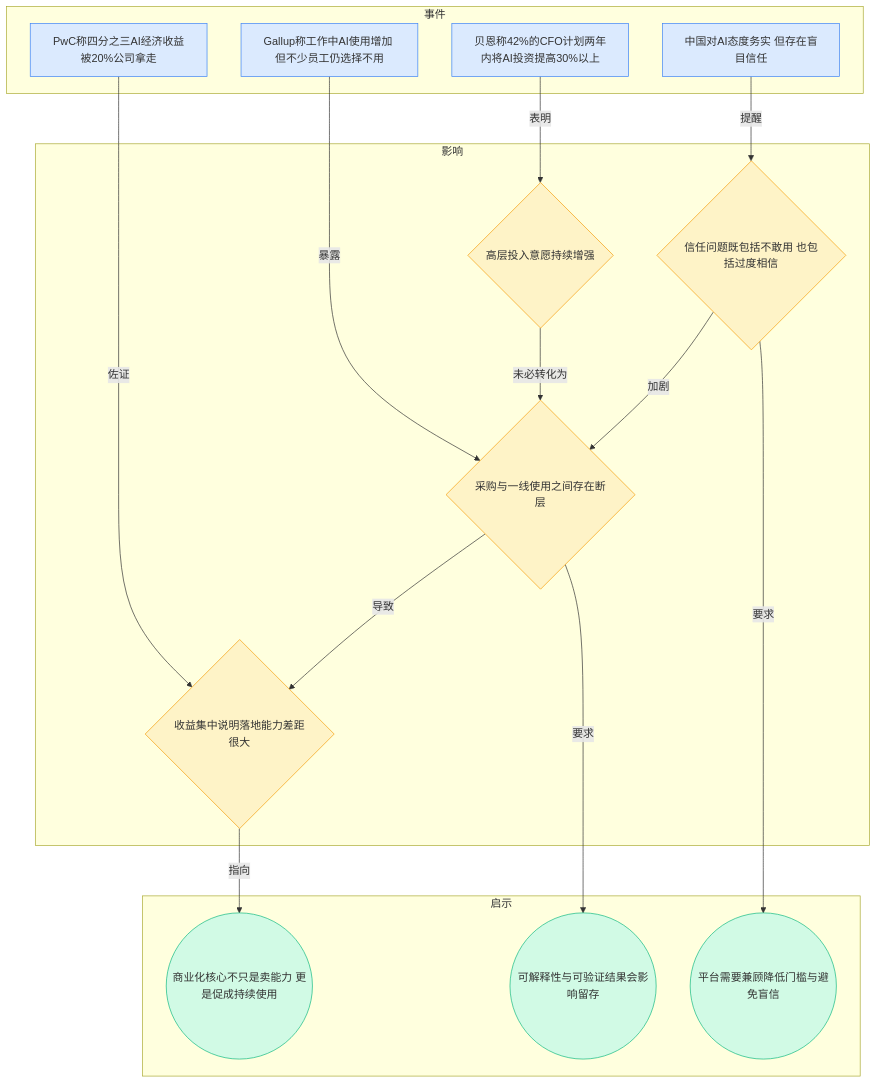
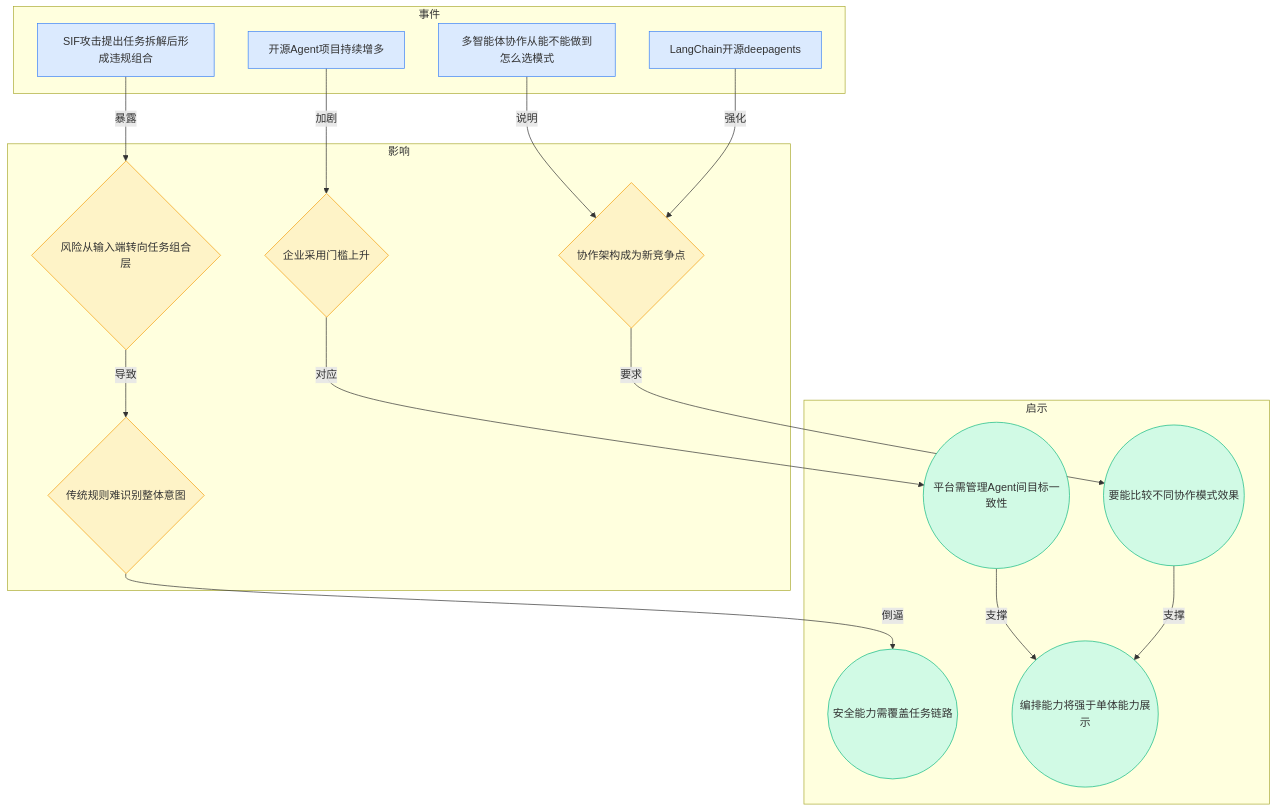
Before and after one commit to ylzsdafei/ai-daily-site: the fourth of 8 diagrams in content/cn/blog/weekly/2026-W16.md, drawn with Mermaid. The commit also changed other lines of this file and 1 other file, not shown here.

````diff
--- a/content/cn/blog/weekly/2026-W16.md
+++ b/content/cn/blog/weekly/2026-W16.md
@@ -99,36 +101,37 @@
 ```mermaid
 graph TD
 subgraph 事件
-E1[贝恩称42%的CFO计划两年内将AI投资提高30%以上]
-E2[Gallup称工作中AI使用增加 但不少员工仍选择不用]
-E3[PwC称四分之三AI经济收益被20%公司拿走]
-E4[中国对AI态度务实 但存在盲目信任]
+A1[多智能体协作从能不能做到怎么选模式]
+A2[LangChain开源deepagents]
+A3[SIF攻击提出任务拆解后形成违规组合]
+A4[开源Agent项目持续增多]
 end
 subgraph 影响
-I1{高层投入意愿持续增强}
-I2{采购与一线使用之间存在断层}
-I3{收益集中说明落地能力差距很大}
-I4{信任问题既包括不敢用 也包括过度相信}
+B1{协作架构成为新竞争点}
+B2{风险从输入端转向任务组合层}
+B3{传统规则难识别整体意图}
+B4{企业采用门槛上升}
 end
 subgraph 启示
-Q1((商业化核心不只是卖能力 更是促成持续使用))
-Q2((可解释性与可验证结果会影响留存))
-Q3((平台需要兼顾降低门槛与避免盲信))
+C1((平台需管理Agent间目标一致性))
+C2((要能比较不同协作模式效果))
+C3((安全能力需覆盖任务链路))
+C4((编排能力将强于单体能力展示))
 end
-E1 -->|表明| I1
-E2 -->|暴露| I2
-E3 -->|佐证| I3
-E4 -->|提醒| I4
-I1 -->|未必转化为| I2
-I2 -->|导致| I3
-I4 -->|加剧| I2
-I3 -->|指向| Q1
-I2 -->|要求| Q2
-I4 -->|要求| Q3
+A1 -->|说明| B1
+A2 -->|强化| B1
+A3 -->|暴露| B2
+B2 -->|导致| B3
+A4 -->|加剧| B4
+B1 -->|要求| C2
+B3 -->|倒逼| C3
+B4 -->|对应| C1
+C1 -->|支撑| C4
+C2 -->|支撑| C4
 classDef blue fill:#dbeafe,stroke:#3b82f6
 classDef yellow fill:#fef3c7,stroke:#f59e0b
 classDef green fill:#d1fae5,stroke:#10b981
-class E1,E2,E3,E4 blue
-class I1,I2,I3,I4 yellow
-class Q1,Q2,Q3 green
+class A1,A2,A3,A4 blue
+class B1,B2,B3,B4 yellow
+class C1,C2,C3,C4 green
 ```
````
